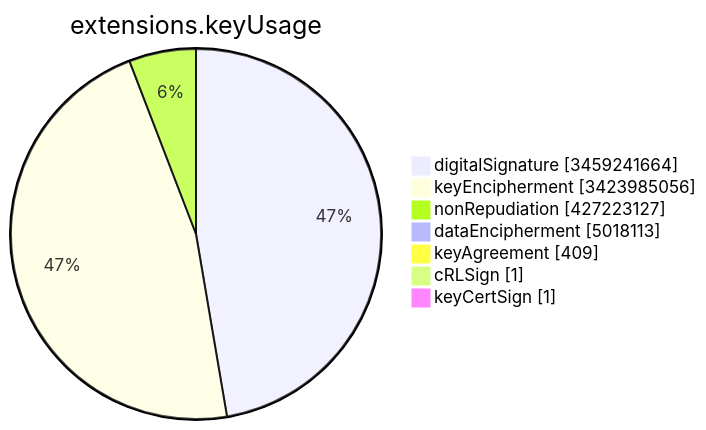
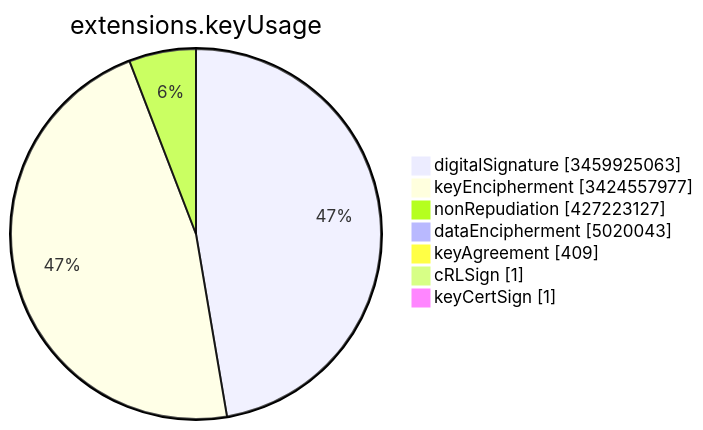
Before and after one commit to christiankrug/ctmonitor_visualization: the sixth of 15 diagrams in TOTAL/README.md, drawn with Mermaid. The commit also changed other lines of this file, not shown here.

````diff
--- a/TOTAL/README.md
+++ b/TOTAL/README.md
@@ -3082,11 +3082,11 @@
 ```mermaid
 pie showData
 title extensions.keyUsage
-"digitalSignature" :3459241664
-"keyEncipherment" :3423985056
+"digitalSignature" :3459925063
+"keyEncipherment" :3424557977
 "nonRepudiation" :427223127
-"dataEncipherment" :5018113
+"dataEncipherment" :5020043
 "keyAgreement" :409
 "cRLSign" :1
 "keyCertSign" :1
 ```
````
